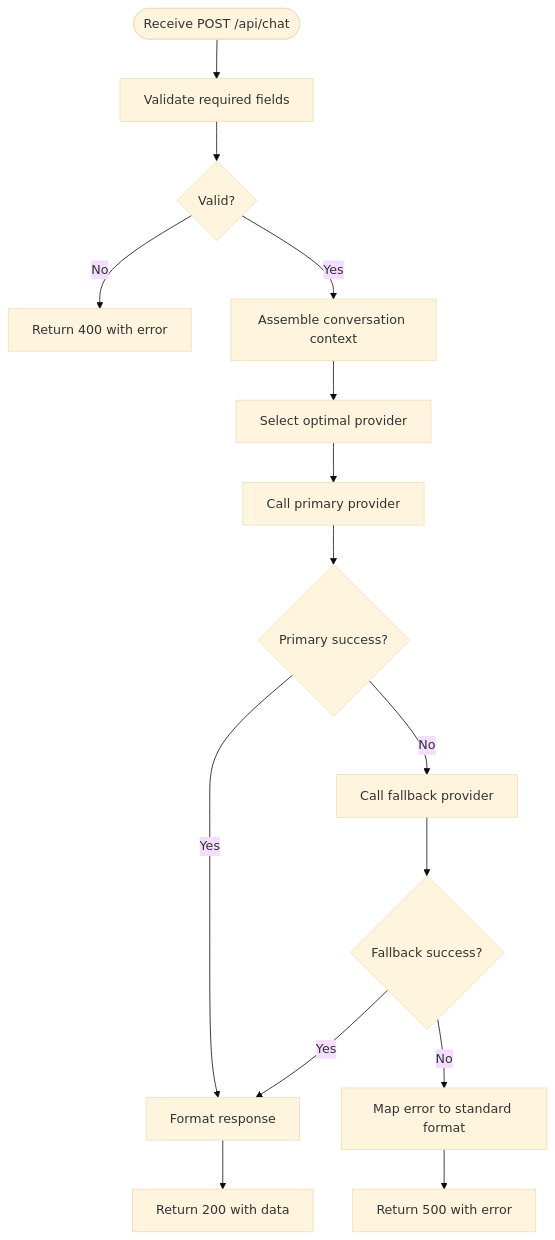
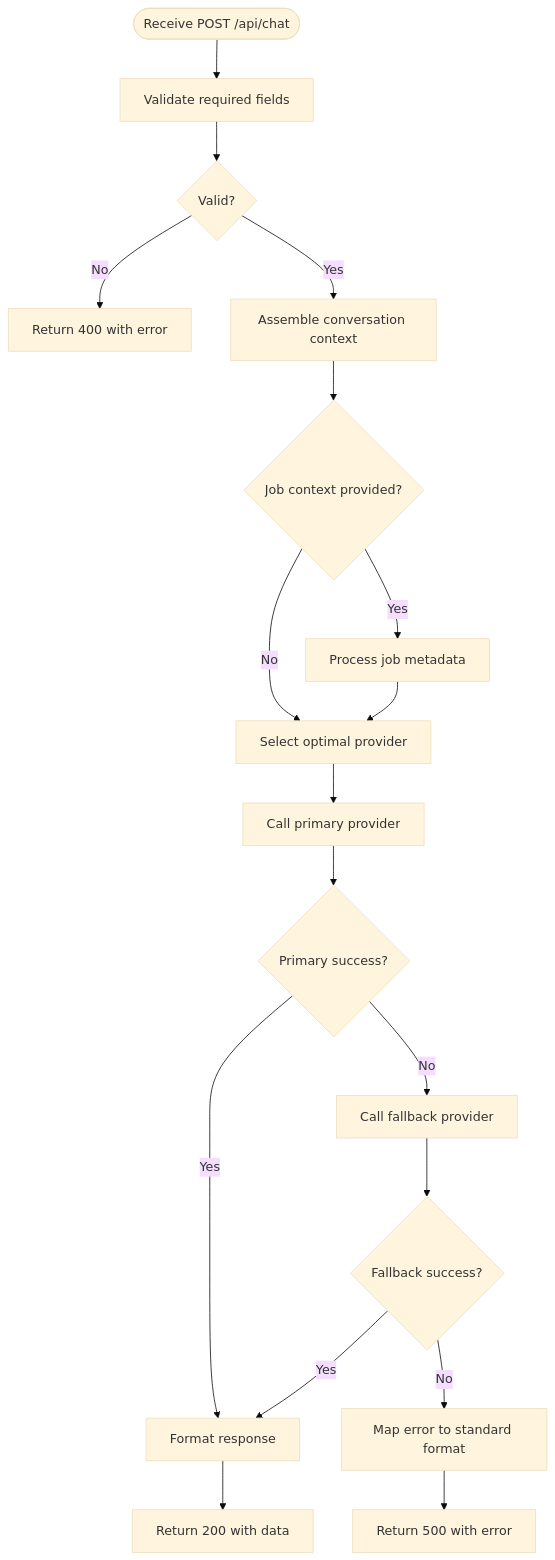
The fifth of 8 diagrams in .qoder/repowiki/en/content/API Reference/Chat API.md (zmyeo54/briefroom), drawn with Mermaid (base theme) before and after one commit. The commit also changed other lines of this file and 16 other files, not shown here.

First line of the commit message:
feat(api): enhance job metadata integration and error handling

````diff
--- a/.qoder/repowiki/en/content/API Reference/Chat API.md
+++ b/.qoder/repowiki/en/content/API Reference/Chat API.md
@@ -235,17 +300,20 @@
 ```mermaid
 flowchart TD
 Start(["Receive POST /api/chat"]) --> Validate["Validate required fields"]
 Validate --> Valid{"Valid?"}
 Valid --> |No| Return400["Return 400 with error"]
 Valid --> |Yes| Assemble["Assemble conversation context"]
-Assemble --> SelectProvider["Select optimal provider"]
+Assemble --> CheckJob{"Job context provided?"}
+CheckJob --> |Yes| ProcessJob["Process job metadata"]
+CheckJob --> |No| SelectProvider["Select optimal provider"]
+ProcessJob --> SelectProvider
 SelectProvider --> CallPrimary["Call primary provider"]
 CallPrimary --> PrimarySuccess{"Primary success?"}
 PrimarySuccess --> |Yes| Format["Format response"]
 PrimarySuccess --> |No| CallFallback["Call fallback provider"]
 CallFallback --> FallbackSuccess{"Fallback success?"}
 FallbackSuccess --> |Yes| Format
 FallbackSuccess --> |No| MapError["Map error to standard format"]
 MapError --> Return500["Return 500 with error"]
 Format --> Return200["Return 200 with data"]
 ```
````
